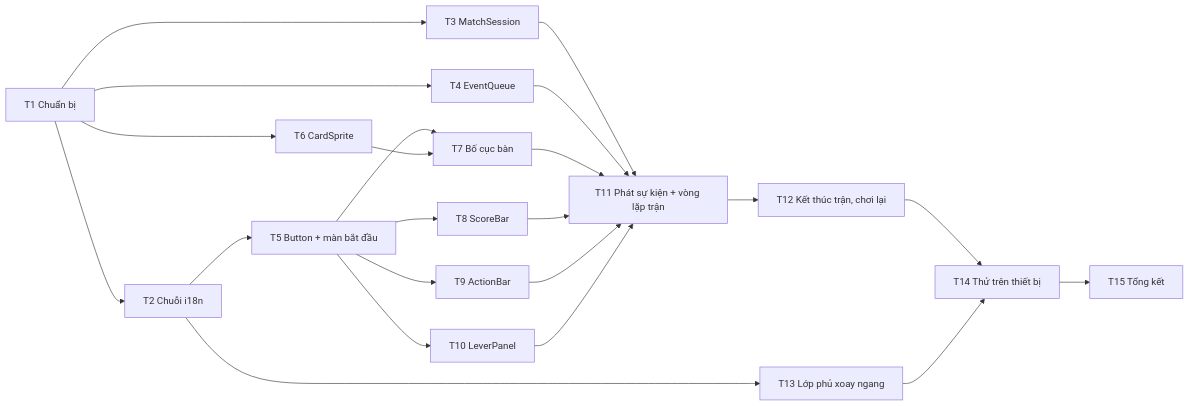
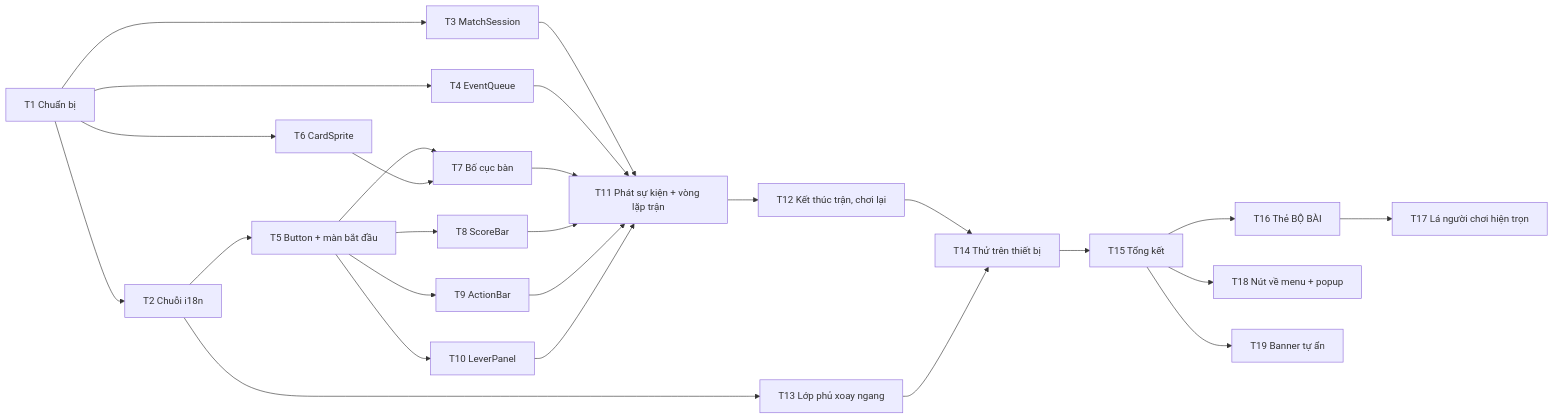
Before and after one commit to hieunghia15/the-last-lever: the diagram in docs/tasks/phase-2.md, drawn with Mermaid. The commit also changed other lines of this file and 13 other files, not shown here.

````diff
--- a/docs/tasks/phase-2.md
+++ b/docs/tasks/phase-2.md
@@ -17,17 +17,21 @@
 ```mermaid
 flowchart LR
     T1[T1 Chuẩn bị] --> T2[T2 Chuỗi i18n]
     T1 --> T3[T3 MatchSession]
     T1 --> T4[T4 EventQueue]
     T2 --> T5[T5 Button + màn bắt đầu]
     T1 --> T6[T6 CardSprite]
     T5 & T6 --> T7[T7 Bố cục bàn]
     T5 --> T8[T8 ScoreBar]
     T5 --> T9[T9 ActionBar]
     T5 --> T10[T10 LeverPanel]
     T3 & T4 & T7 & T8 & T9 & T10 --> T11[T11 Phát sự kiện + vòng lặp trận]
     T11 --> T12[T12 Kết thúc trận, chơi lại]
     T2 --> T13[T13 Lớp phủ xoay ngang]
     T12 & T13 --> T14[T14 Thử trên thiết bị]
     T14 --> T15[T15 Tổng kết]
+    T15 --> T16[T16 Thẻ BỘ BÀI]
+    T16 --> T17[T17 Lá người chơi hiện trọn]
+    T15 --> T18[T18 Nút về menu + popup]
+    T15 --> T19[T19 Banner tự ẩn]
 ```
````
